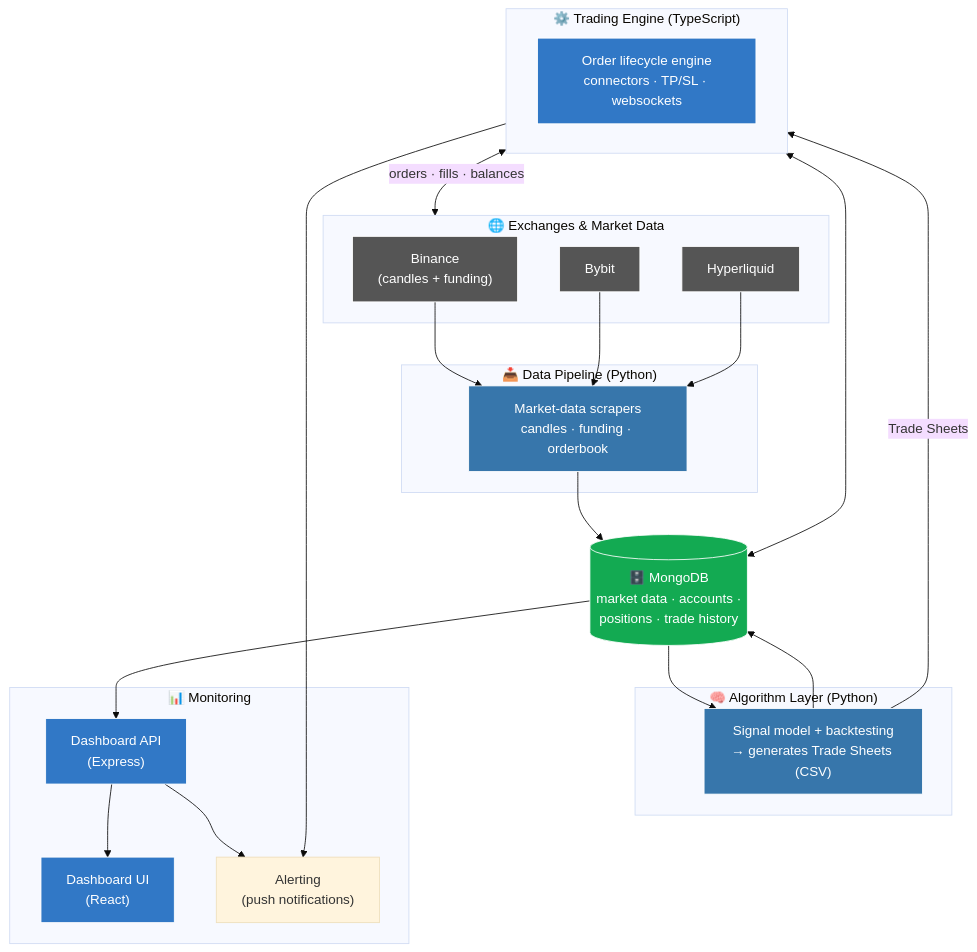
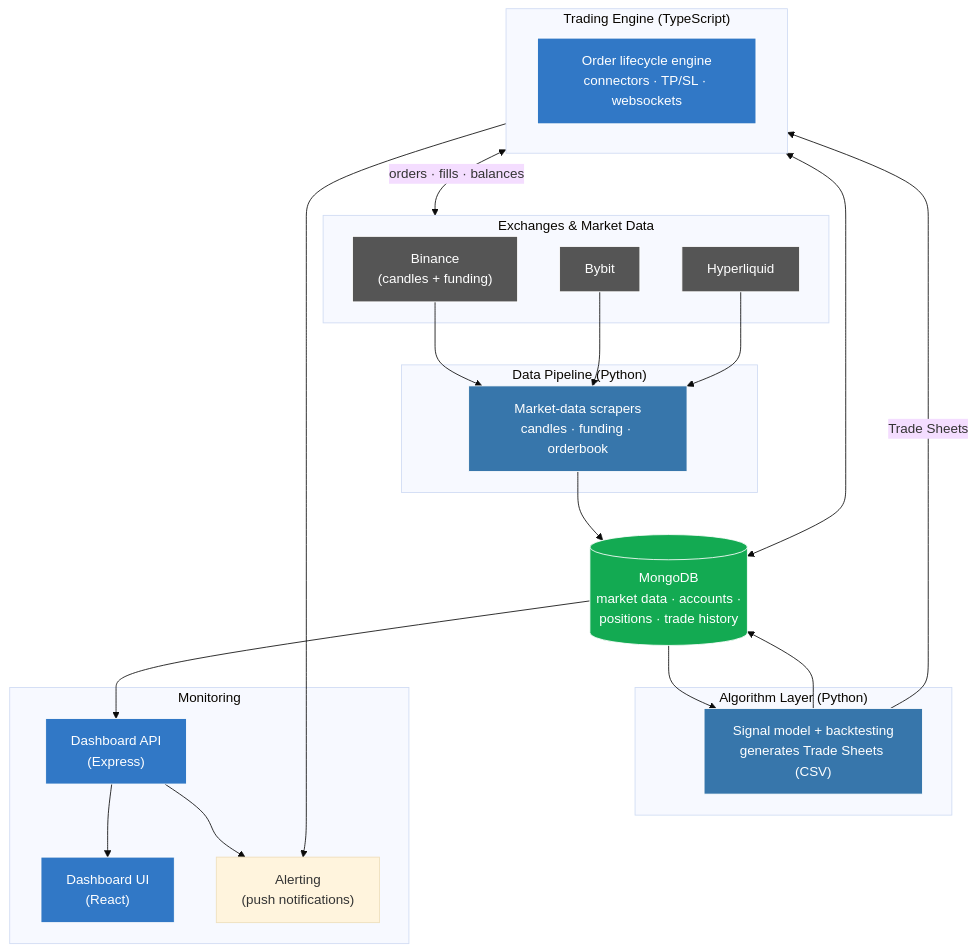
Before and after one commit to Immersified/Crypto-Trading-Bot: the diagram in README.md, drawn with Mermaid (base theme). The commit also changed other lines of this file and 5 other files, not shown here.

````diff
--- a/README.md
+++ b/README.md
@@ -55,46 +79,46 @@
 ```mermaid
 flowchart TB
-    subgraph EXCH["🌐 Exchanges & Market Data"]
+    subgraph EXCH["Exchanges & Market Data"]
         BIN["Binance<br/>(candles + funding)"]
         BYB["Bybit"]
         HL["Hyperliquid"]
     end
 
-    subgraph DATA["📥 Data Pipeline (Python)"]
+    subgraph DATA["Data Pipeline (Python)"]
         SCRAPE["Market-data scrapers<br/>candles · funding · orderbook"]
     end
 
-    subgraph ALGO["🧠 Algorithm Layer (Python)"]
-        MODEL["Signal model + backtesting<br/>→ generates Trade Sheets (CSV)"]
+    subgraph ALGO["Algorithm Layer (Python)"]
+        MODEL["Signal model + backtesting<br/>generates Trade Sheets (CSV)"]
     end
 
-    DB[("🗄️ MongoDB<br/>market data · accounts ·<br/>positions · trade history")]
+    DB[("MongoDB<br/>market data · accounts ·<br/>positions · trade history")]
 
-    subgraph ENGINE["⚙️ Trading Engine (TypeScript)"]
+    subgraph ENGINE["Trading Engine (TypeScript)"]
         EXEC["Order lifecycle engine<br/>connectors · TP/SL · websockets"]
     end
 
-    subgraph MON["📊 Monitoring"]
+    subgraph MON["Monitoring"]
         API["Dashboard API<br/>(Express)"]
         UI["Dashboard UI<br/>(React)"]
         ALERT["Alerting<br/>(push notifications)"]
     end
 
     BIN & BYB & HL --> SCRAPE --> DB
     DB --> MODEL --> DB
     MODEL -->|Trade Sheets| ENGINE
     ENGINE <-->|orders · fills · balances| EXCH
     ENGINE <--> DB
     DB --> API --> UI
     ENGINE --> ALERT
     API --> ALERT
 
     classDef py fill:#3776AB,stroke:#fff,color:#fff;
     classDef ts fill:#3178C6,stroke:#fff,color:#fff;
     classDef store fill:#13AA52,stroke:#fff,color:#fff;
     classDef ext fill:#555,stroke:#fff,color:#fff;
     class SCRAPE,MODEL py;
     class EXEC,API,UI ts;
     class DB store;
     class BIN,BYB,HL ext;
 ```
````
